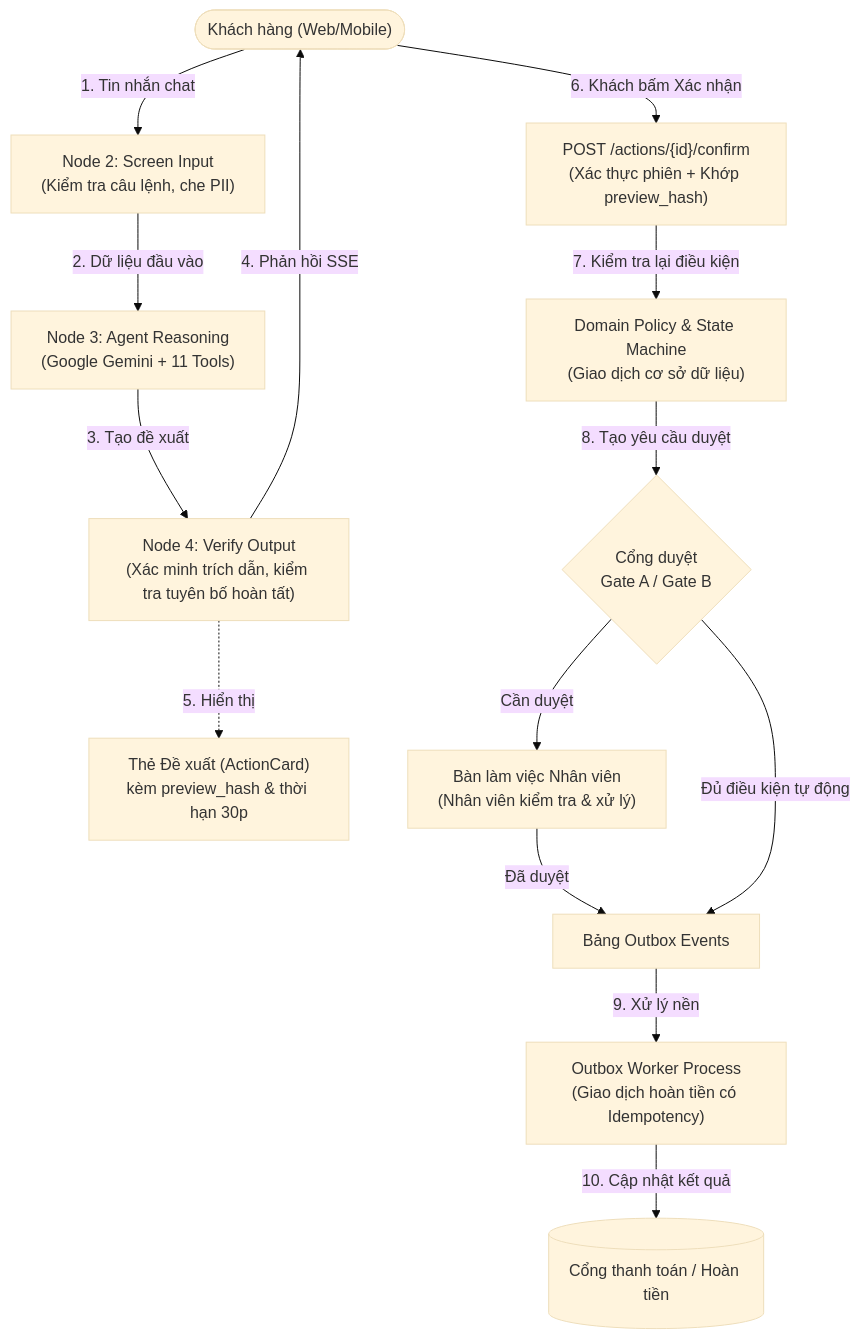
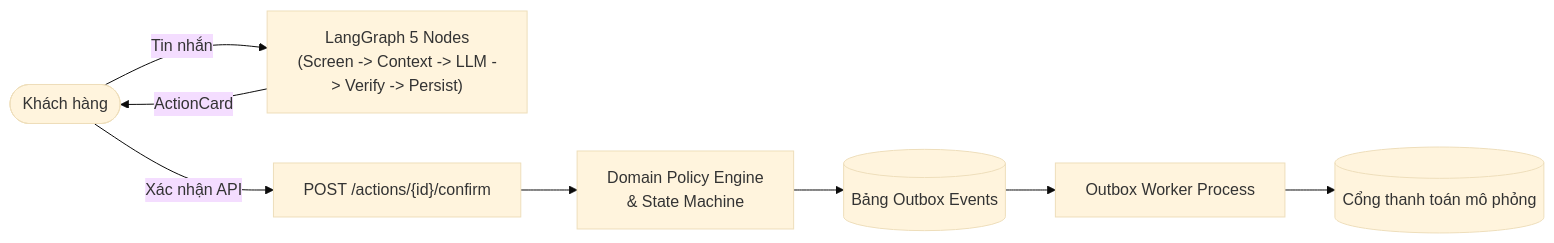
One commit to nvtanphat/support-shop changed the diagram in README.md. Above: the diagram before and after it, drawn with Mermaid (base theme). The commit also changed other lines of this file, not shown here.

Commit message:
docs: streamline README with concise architecture, quickstart, and verified quality gates

````diff
--- a/README.md
+++ b/README.md
@@ -29,20 +15,10 @@
 ```mermaid
-flowchart TD
-    Customer(["Khách hàng (Web/Mobile)"]) -->|1. Tin nhắn chat| ScreenNode["Node 2: Screen Input\n(Kiểm tra câu lệnh, che PII)"]
-    ScreenNode -->|2. Dữ liệu đầu vào| AgentNode["Node 3: Agent Reasoning\n(Google Gemini + 11 Tools)"]
-    AgentNode -->|3. Tạo đề xuất| VerifyNode["Node 4: Verify Output\n(Xác minh trích dẫn, kiểm tra tuyên bố hoàn tất)"]
-    VerifyNode -->|4. Phản hồi SSE| Customer
-    
-    VerifyNode -.->|5. Hiển thị| ActionCard["Thẻ Đề xuất (ActionCard)\nkèm preview_hash & thời hạn 30p"]
-    Customer -->|6. Khách bấm Xác nhận| ConfirmAPI["POST /actions/{id}/confirm\n(Xác thực phiên + Khớp preview_hash)"]
-    
-    ConfirmAPI -->|7. Kiểm tra lại điều kiện| DomainService["Domain Policy & State Machine\n(Giao dịch cơ sở dữ liệu)"]
-    DomainService -->|8. Tạo yêu cầu duyệt| ApprovalGate{"Cổng duyệt\nGate A / Gate B"}
-    
-    ApprovalGate -->|Cần duyệt| StaffPortal["Bàn làm việc Nhân viên\n(Nhân viên kiểm tra & xử lý)"]
-    StaffPortal -->|Đã duyệt| OutboxTable["Bảng Outbox Events"]
-    ApprovalGate -->|Đủ điều kiện tự động| OutboxTable
-    
-    OutboxTable -->|9. Xử lý nền| Worker["Outbox Worker Process\n(Giao dịch hoàn tiền có Idempotency)"]
-    Worker -->|10. Cập nhật kết quả| PaymentGateway[("Cổng thanh toán / Hoàn tiền")]
+flowchart LR
+    Customer(["Khách hàng"]) -->|Tin nhắn| Agent["LangGraph 5 Nodes\n(Screen -> Context -> LLM -> Verify -> Persist)"]
+    Agent -->|ActionCard| Customer
+    Customer -->|Xác nhận API| ConfirmAPI["POST /actions/{id}/confirm"]
+    ConfirmAPI --> Policy["Domain Policy Engine\n& State Machine"]
+    Policy --> Outbox[("Bảng Outbox Events")]
+    Outbox --> Worker["Outbox Worker Process"]
+    Worker --> Payment[("Cổng thanh toán mô phỏng")]
 ```
````
